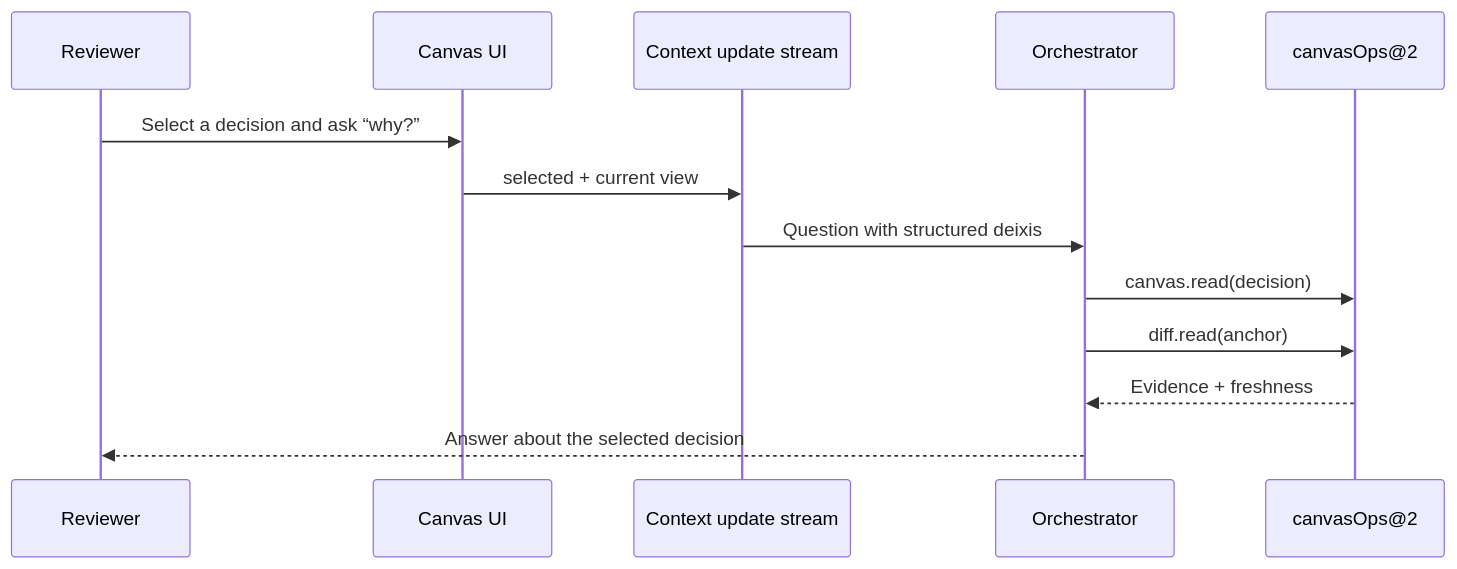
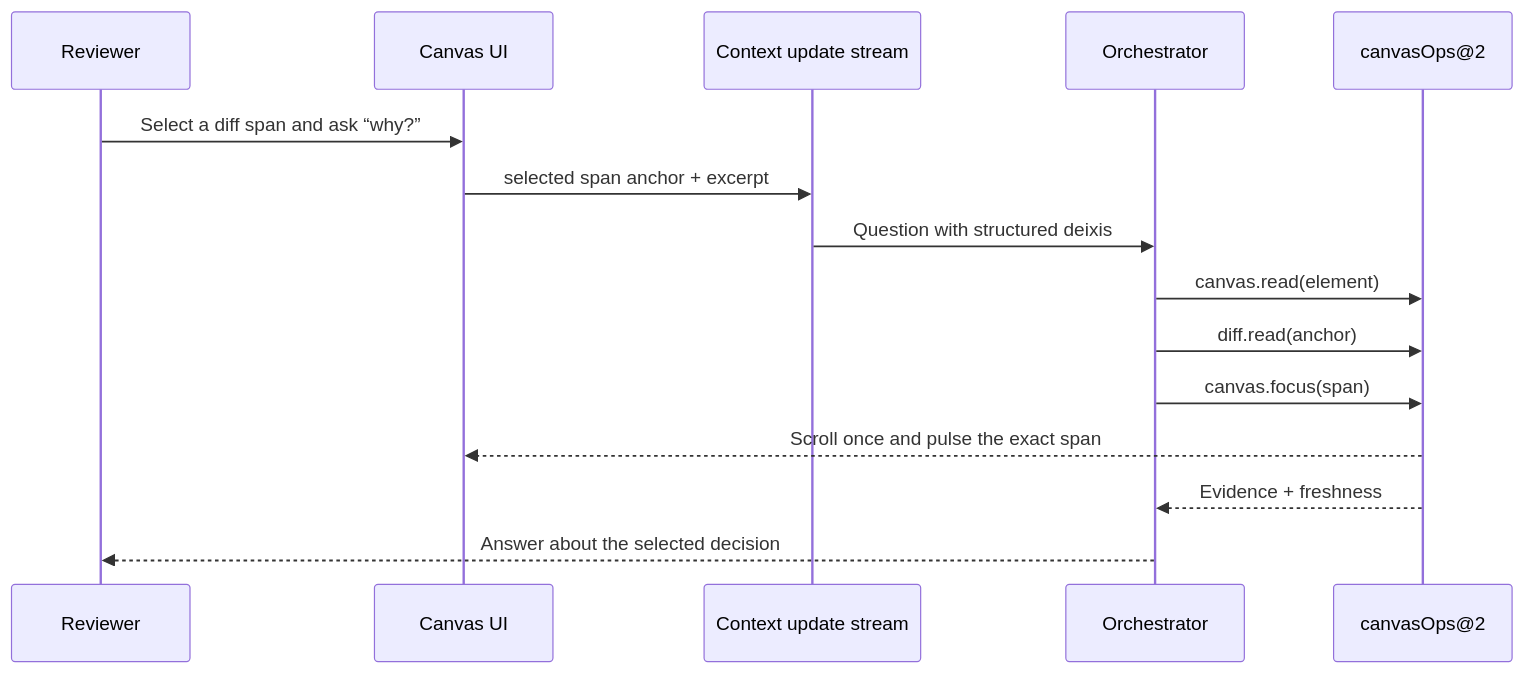
One commit to rbutera/Rennet changed the second of 2 diagrams in docs/src/content/docs/developing/concepts/context-assembly.md. Above: the diagram before and after it, drawn with Mermaid. The commit also changed other lines of this file and 26 other files, not shown here.

First line of the commit message:
feat(canvas): deixis — canvas.focus points, the reviewer span-selects back (#79)

````diff
--- a/docs/src/content/docs/developing/concepts/context-assembly.md
+++ b/docs/src/content/docs/developing/concepts/context-assembly.md
@@ -104,16 +105,18 @@
 ```mermaid
 sequenceDiagram
   participant U as Reviewer
   participant C as Canvas UI
   participant S as Context update stream
   participant O as Orchestrator
   participant T as canvasOps@2
 
-  U->>C: Select a decision and ask “why?”
-  C->>S: selected + current view
+  U->>C: Select a diff span and ask “why?”
+  C->>S: selected span anchor + excerpt
   S->>O: Question with structured deixis
-  O->>T: canvas.read(decision)
+  O->>T: canvas.read(element)
   O->>T: diff.read(anchor)
+  O->>T: canvas.focus(span)
+  T-->>C: Scroll once and pulse the exact span
   T-->>O: Evidence + freshness
   O-->>U: Answer about the selected decision
 ```
````
